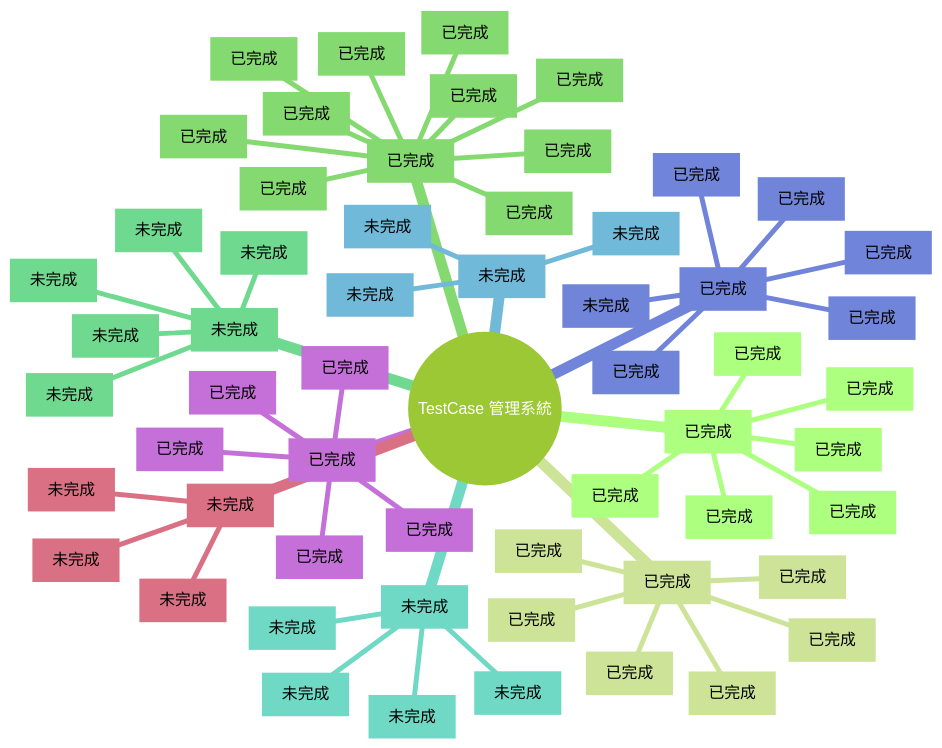
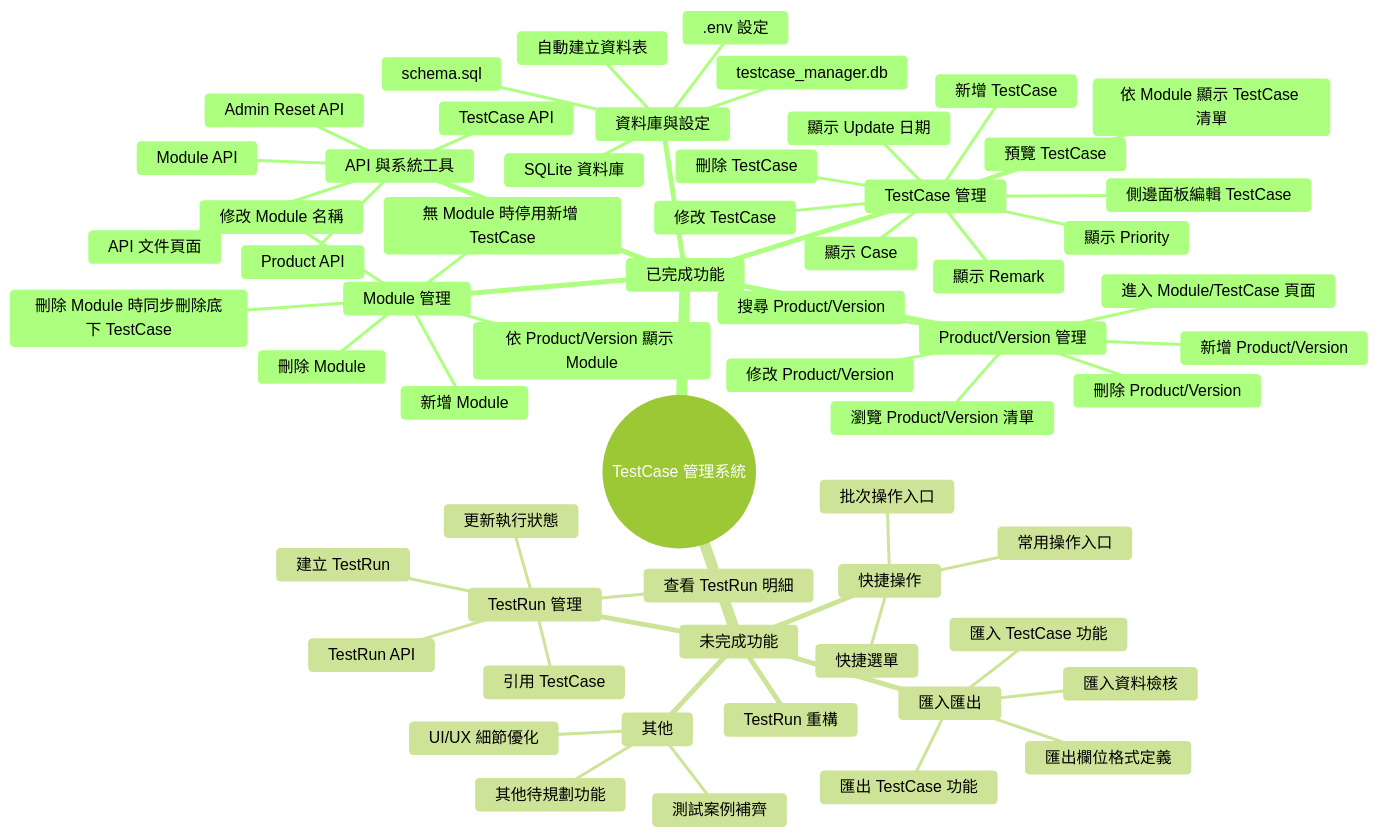
The diagram in SYSTEM_MINDMAP.md (finy0623742746/Testcase_Manager), drawn with Mermaid (forest theme) before and after one commit. The commit also changed other lines of this file, not shown here.

Commit message:
Update system mind map

````diff
--- a/SYSTEM_MINDMAP.md
+++ b/SYSTEM_MINDMAP.md
@@ -10,61 +10,63 @@
 ```mermaid
 mindmap
   root((TestCase 管理系統))
-    Product/Version 管理 [已完成]
-      瀏覽 Product/Version 清單 [已完成]
-      新增 Product/Version [已完成]
-      修改 Product/Version [已完成]
-      刪除 Product/Version [已完成]
-      搜尋 Product/Version [已完成]
-      進入 Module/TestCase 頁面 [已完成]
-    Module 管理 [已完成]
-      依 Product/Version 顯示 Module [已完成]
-      新增 Module [已完成]
-      修改 Module 名稱 [已完成]
-      刪除 Module [已完成]
-      刪除 Module 時同步刪除底下 TestCase [已完成]
-      無 Module 時停用新增 TestCase [已完成]
-    TestCase 管理 [已完成]
-      依 Module 顯示 TestCase 清單 [已完成]
-      新增 TestCase [已完成]
-      修改 TestCase [已完成]
-      刪除 TestCase [已完成]
-      預覽 TestCase [已完成]
-      側邊面板編輯 TestCase [已完成]
-      顯示 Case [已完成]
-      顯示 Priority [已完成]
-      顯示 Remark [已完成]
-      顯示 Update 日期 [已完成]
-    TestRun 管理 [未完成]
-      TestRun 重構 [未完成]
-      建立 TestRun [未完成]
-      引用 TestCase [未完成]
-      更新執行狀態 [未完成]
-      查看 TestRun 明細 [未完成]
-    匯入匯出 [未完成]
-      匯出 TestCase 功能 [未完成]
-      匯入 TestCase 功能 [未完成]
-      匯入資料檢核 [未完成]
-      匯出欄位格式定義 [未完成]
-    快捷操作 [未完成]
-      快捷選單 [未完成]
-      常用操作入口 [未完成]
-      批次操作入口 [未完成]
-    API 與系統工具 [已完成]
-      API 文件頁面 [已完成]
-      Product API [已完成]
-      Module API [已完成]
-      TestCase API [已完成]
-      Admin Reset API [已完成]
-      TestRun API [未完成]
-    資料庫與設定 [已完成]
-      SQLite 資料庫 [已完成]
-      testcase_manager.db [已完成]
-      自動建立資料表 [已完成]
-      schema.sql [已完成]
-      .env 設定 [已完成]
-    其他 [未完成]
-      其他待規劃功能 [未完成]
-      UI/UX 細節優化 [未完成]
-      測試案例補齊 [未完成]
+    已完成功能
+      Product/Version 管理
+        瀏覽 Product/Version 清單
+        新增 Product/Version
+        修改 Product/Version
+        刪除 Product/Version
+        搜尋 Product/Version
+        進入 Module/TestCase 頁面
+      Module 管理
+        依 Product/Version 顯示 Module
+        新增 Module
+        修改 Module 名稱
+        刪除 Module
+        刪除 Module 時同步刪除底下 TestCase
+        無 Module 時停用新增 TestCase
+      TestCase 管理
+        依 Module 顯示 TestCase 清單
+        新增 TestCase
+        修改 TestCase
+        刪除 TestCase
+        預覽 TestCase
+        側邊面板編輯 TestCase
+        顯示 Case
+        顯示 Priority
+        顯示 Remark
+        顯示 Update 日期
+      API 與系統工具
+        API 文件頁面
+        Product API
+        Module API
+        TestCase API
+        Admin Reset API
+      資料庫與設定
+        SQLite 資料庫
+        testcase_manager.db
+        自動建立資料表
+        schema.sql
+        .env 設定
+    未完成功能
+      TestRun 重構
+      TestRun 管理
+        建立 TestRun
+        引用 TestCase
+        更新執行狀態
+        查看 TestRun 明細
+        TestRun API
+      匯入匯出
+        匯出 TestCase 功能
+        匯入 TestCase 功能
+        匯入資料檢核
+        匯出欄位格式定義
+      快捷操作
+        快捷選單
+        常用操作入口
+        批次操作入口
+      其他
+        其他待規劃功能
+        UI/UX 細節優化
+        測試案例補齊
 ```
````
